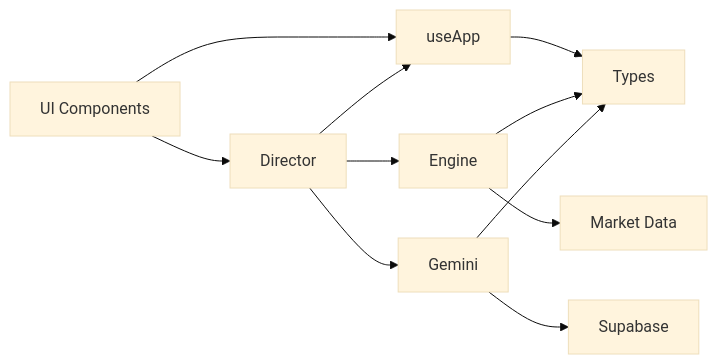
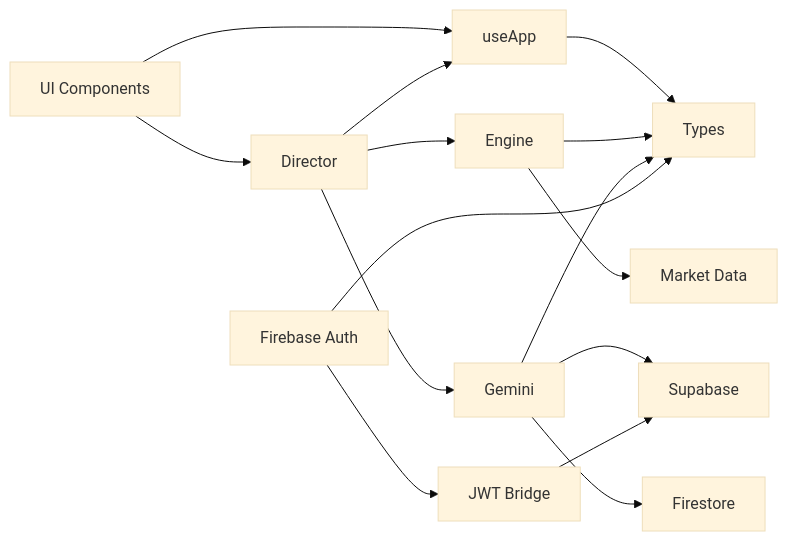
One commit to MudassarAbrar/FreshRoute-Ai changed the tenth of 10 diagrams in .qoder/repowiki/en/content/Architecture Overview/Architecture Overview.md. Above: the diagram before and after it, drawn with Mermaid (base theme). The commit also changed other lines of this file and 10 other files, not shown here.

````diff
--- a/.qoder/repowiki/en/content/Architecture Overview/Architecture Overview.md
+++ b/.qoder/repowiki/en/content/Architecture Overview/Architecture Overview.md
@@ -371,13 +529,17 @@
 ```mermaid
 graph LR
 UI["UI Components"] --> Store["useApp"]
 UI --> Dir["Director"]
 Dir --> Store
 Dir --> Eng["Engine"]
 Dir --> Gem["Gemini"]
 Eng --> Mkt["Market Data"]
 Gem --> SB["Supabase"]
+Gem --> FC["Firestore"]
+Auth["Firebase Auth"] --> JWT["JWT Bridge"]
+JWT --> SB
 Store --> Types["Types"]
 Eng --> Types
 Gem --> Types
+Auth --> Types
 ```
````
